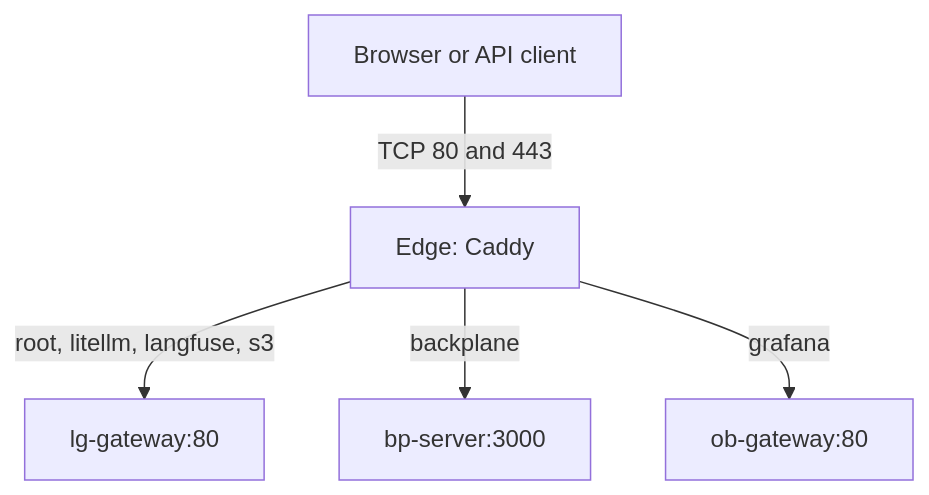
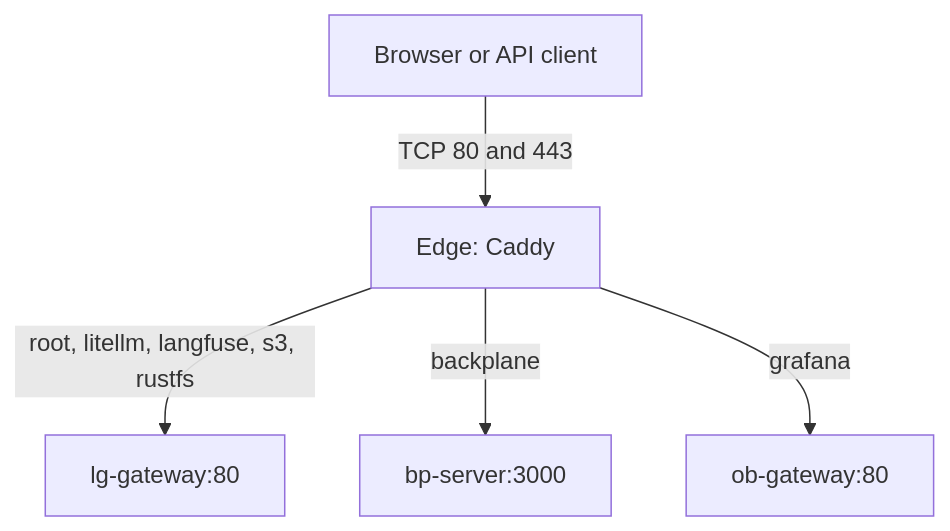
Before and after one commit to autonomiceng/platform-edge: the diagram in docs/DESIGN.md, drawn with Mermaid.

Commit message:
docs(design): include RustFS in shared gateway routes

````diff
--- a/docs/DESIGN.md
+++ b/docs/DESIGN.md
@@ -22,7 +22,7 @@
 ```mermaid
 flowchart TD
     client[Browser or API client] -->|TCP 80 and 443| edge[Edge: Caddy]
-    edge -->|root, litellm, langfuse, s3| gateway[lg-gateway:80]
+    edge -->|root, litellm, langfuse, s3, rustfs| gateway[lg-gateway:80]
     edge -->|backplane| backplane[bp-server:3000]
     edge -->|grafana| observability[ob-gateway:80]
 ```
````
